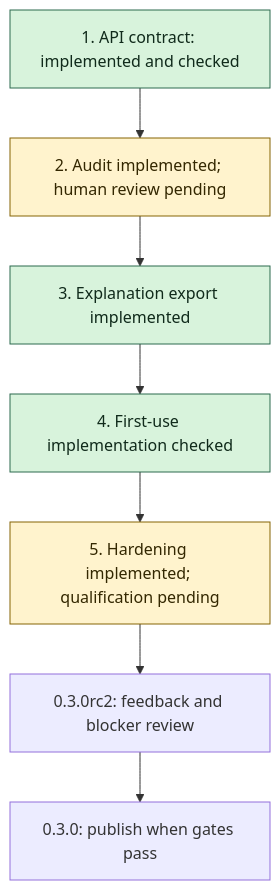
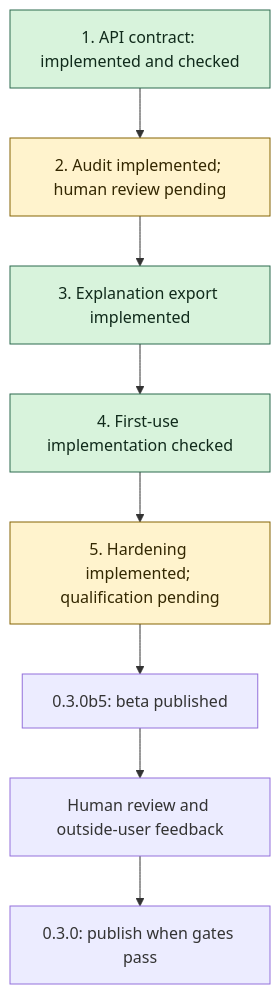
Before and after one commit to reetanshuh1998/Ramanujan_master_theorem: the diagram in docs/STABLE_RELEASE_PLAN.md, drawn with Mermaid. The commit also changed other lines of this file and 1 other file, not shown here.

Commit message:
docs: record verified 0.3.0b5 beta publication

````diff
--- a/docs/STABLE_RELEASE_PLAN.md
+++ b/docs/STABLE_RELEASE_PLAN.md
@@ -15,15 +15,16 @@
 ```mermaid
 flowchart TD
     A[1. API contract: implemented and checked]
     B[2. Audit implemented; human review pending]
     C[3. Explanation export implemented]
     D[4. First-use implementation checked]
     E[5. Hardening implemented; qualification pending]
     A --> B --> C --> D --> E
-    E --> R[0.3.0rc2: feedback and blocker review]
+    E --> B5[0.3.0b5: beta published]
+    B5 --> R[Human review and outside-user feedback]
     R --> S[0.3.0: publish when gates pass]
     classDef done fill:#d8f3dc,stroke:#2d6a4f,color:#102a1b
     classDef next fill:#fff3cd,stroke:#856404,color:#332701
     class A,C,D done
     class B,E next
 ```
````
